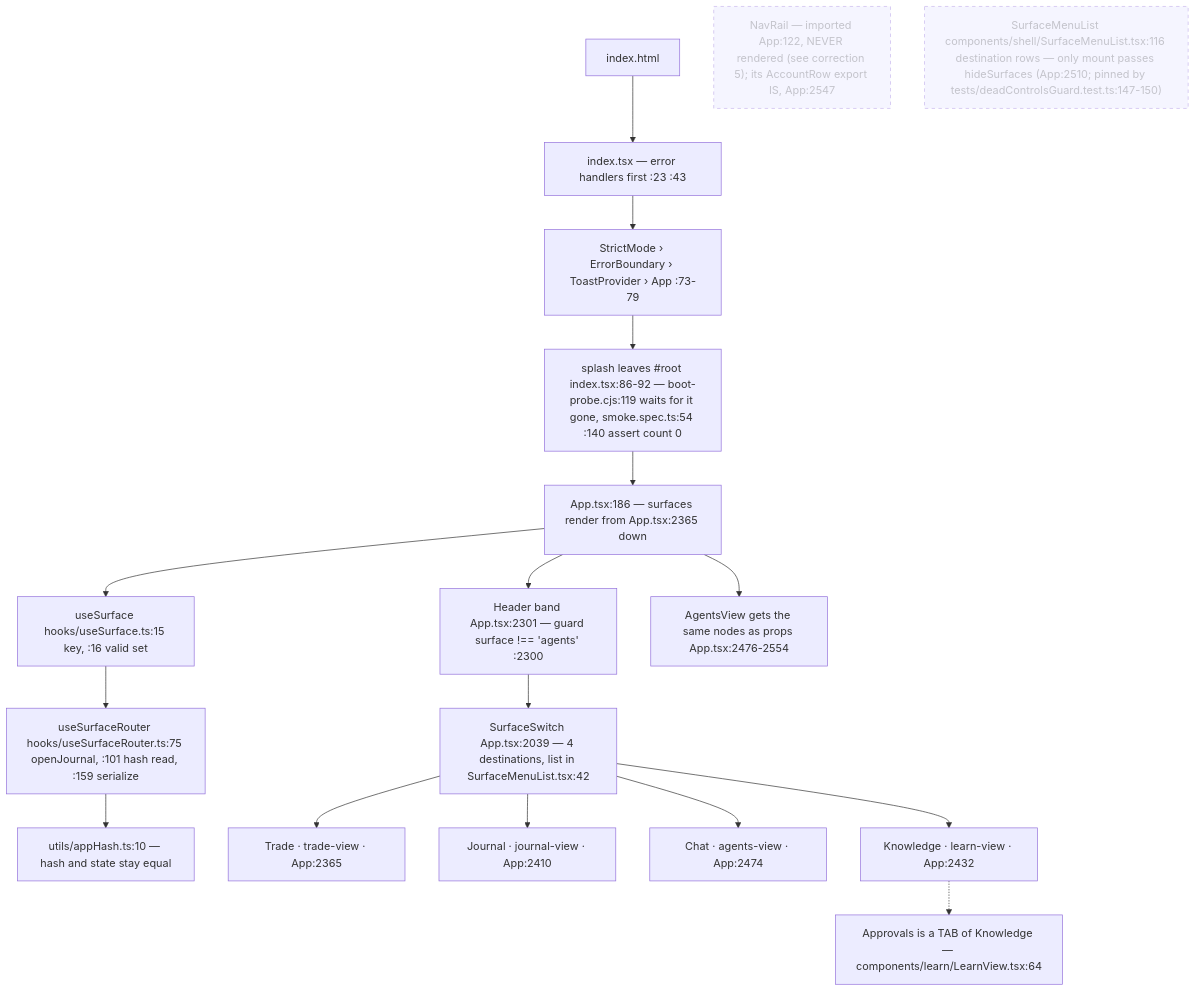
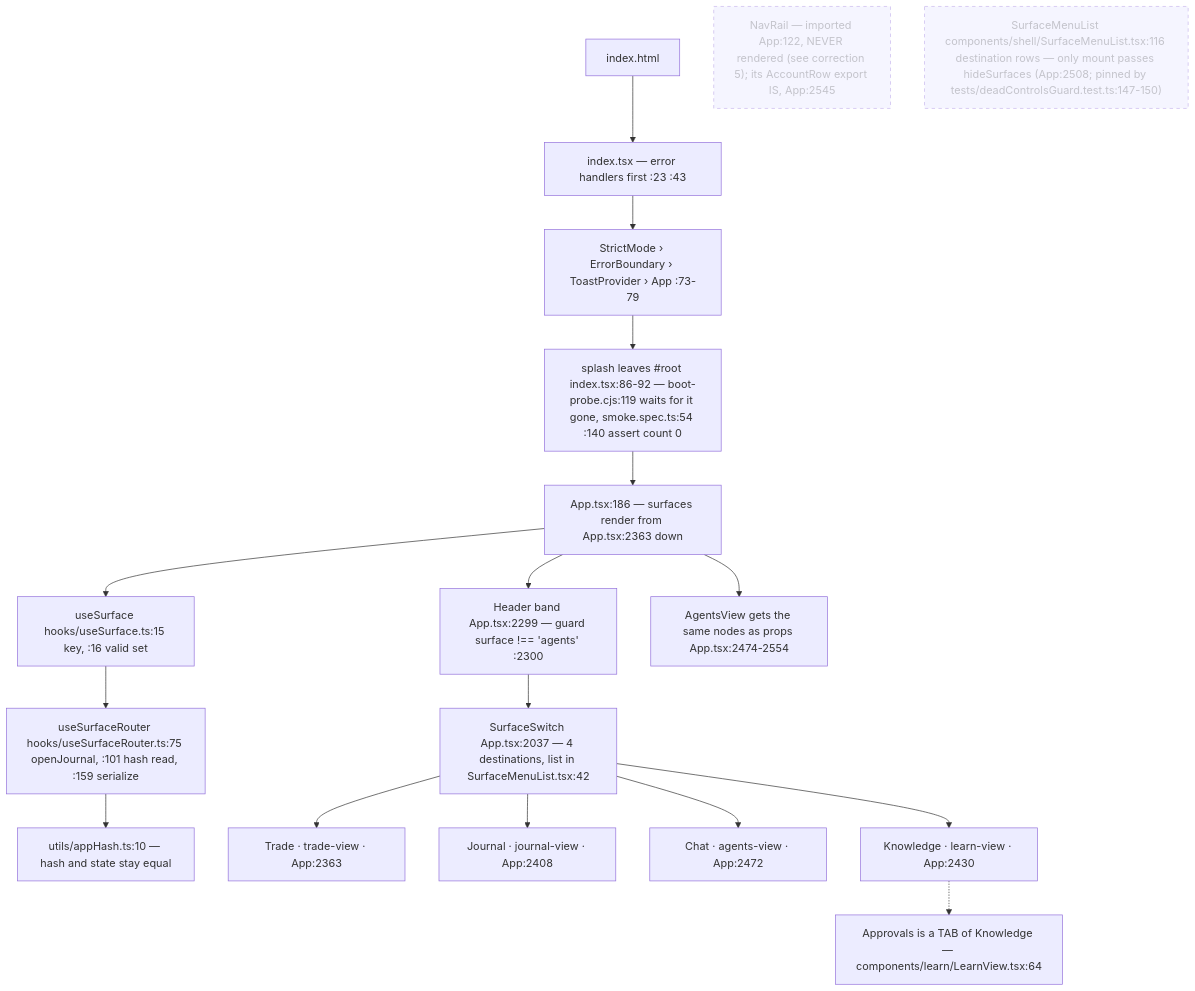
One commit to Acepay25/august-3.5 changed the first of 7 diagrams in docs/app-flow.md. Above: the diagram before and after it, drawn with Mermaid. The commit also changed other lines of this file and 10 other files, not shown here.

````diff
--- a/docs/app-flow.md
+++ b/docs/app-flow.md
@@ -32,21 +32,21 @@
 ```mermaid
 flowchart TD
     H["index.html"] --> I["index.tsx — error handlers first :23 :43"]
     I --> S["StrictMode › ErrorBoundary › ToastProvider › App :73-79"]
     S --> SP["splash leaves #root index.tsx:86-92 — boot-probe.cjs:119 waits for it gone, smoke.spec.ts:54 :140 assert count 0"]
-    SP --> APP["App.tsx:186 — surfaces render from App.tsx:2365 down"]
+    SP --> APP["App.tsx:186 — surfaces render from App.tsx:2363 down"]
     APP --> US["useSurface hooks/useSurface.ts:15 key, :16 valid set"]
     US --> UR["useSurfaceRouter hooks/useSurfaceRouter.ts:75 openJournal, :101 hash read, :159 serialize"]
     UR --> HASH["utils/appHash.ts:10 — hash and state stay equal"]
-    APP --> HD["Header band App.tsx:2301 — guard surface !== 'agents' :2300"]
-    HD --> SW["SurfaceSwitch App.tsx:2039 — 4 destinations, list in SurfaceMenuList.tsx:42"]
-    APP --> AV["AgentsView gets the same nodes as props App.tsx:2476-2554"]
-    SW --> T["Trade · trade-view · App:2365"]
-    SW --> J["Journal · journal-view · App:2410"]
-    SW --> C["Chat · agents-view · App:2474"]
-    SW --> K["Knowledge · learn-view · App:2432"]
+    APP --> HD["Header band App.tsx:2299 — guard surface !== 'agents' :2300"]
+    HD --> SW["SurfaceSwitch App.tsx:2037 — 4 destinations, list in SurfaceMenuList.tsx:42"]
+    APP --> AV["AgentsView gets the same nodes as props App.tsx:2474-2554"]
+    SW --> T["Trade · trade-view · App:2363"]
+    SW --> J["Journal · journal-view · App:2408"]
+    SW --> C["Chat · agents-view · App:2472"]
+    SW --> K["Knowledge · learn-view · App:2430"]
     K -.-> AP["Approvals is a TAB of Knowledge — components/learn/LearnView.tsx:64"]
-    NR["NavRail — imported App:122, NEVER rendered (see correction 5); its AccountRow export IS, App:2547"]:::dead
-    SM["SurfaceMenuList components/shell/SurfaceMenuList.tsx:116 destination rows — only mount passes hideSurfaces (App:2510; pinned by tests/deadControlsGuard.test.ts:147-150)"]:::dead
+    NR["NavRail — imported App:122, NEVER rendered (see correction 5); its AccountRow export IS, App:2545"]:::dead
+    SM["SurfaceMenuList components/shell/SurfaceMenuList.tsx:116 destination rows — only mount passes hideSurfaces (App:2508; pinned by tests/deadControlsGuard.test.ts:147-150)"]:::dead
     classDef dead stroke-dasharray: 5 5,opacity:.5
 ```
````
